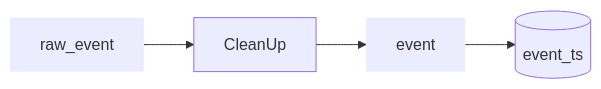
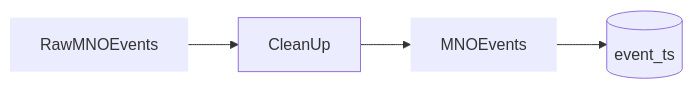
The second of 16 diagrams in README.md (djvanderlaan/pipeline), drawn with Mermaid before and after one commit. The commit also changed other lines of this file and 1 other file, not shown here.

````diff
--- a/README.md
+++ b/README.md
@@ -9,6 +29,6 @@
 ```mermaid
 flowchart LR
-  raw_event:::data --> CleanUp --> event:::data --> event_ts[(event_ts)]
+  RawMNOEvents:::data --> CleanUp --> MNOEvents:::data --> event_ts[(event_ts)]
 
 classDef data stroke-width:0px
 ```
````
